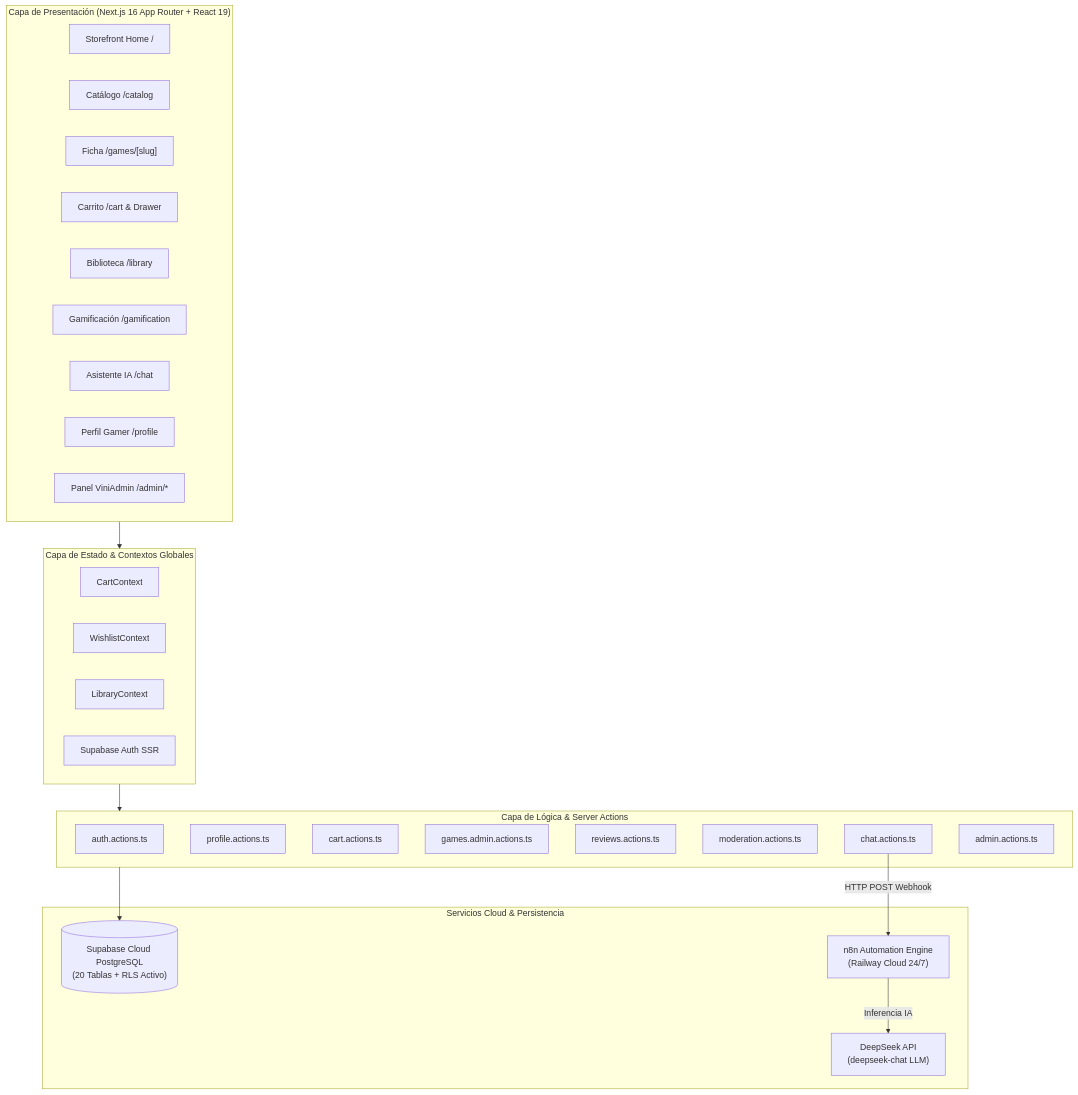
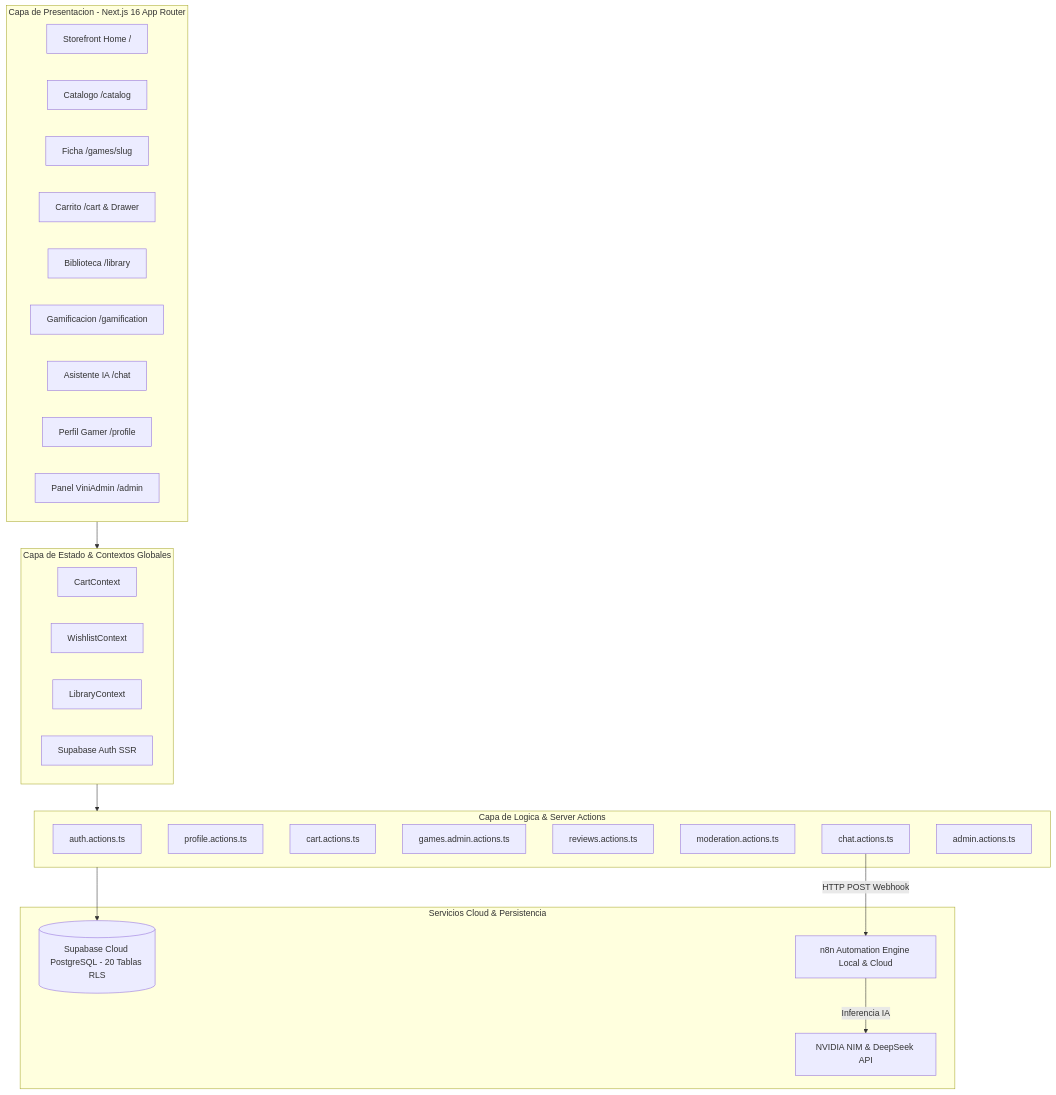
One commit to sergiam071105-ai/Vini-Games changed the second of 2 diagrams in README.md. Above: the diagram before and after it, drawn with Mermaid. The commit also changed other lines of this file, not shown here.

Commit message:
docs: corregir sintaxis de diagramas Mermaid para renderizado perfecto en GitHub

````diff
--- a/README.md
+++ b/README.md
@@ -51,44 +54,44 @@
 ```mermaid
 graph TD
-    subgraph Client ["Capa de Presentación (Next.js 16 App Router + React 19)"]
-        UI_Home["Storefront Home /"]
-        UI_Cat["Catálogo /catalog"]
-        UI_Game["Ficha /games/[slug]"]
-        UI_Cart["Carrito /cart & Drawer"]
-        UI_Lib["Biblioteca /library"]
-        UI_Gam["Gamificación /gamification"]
-        UI_Chat["Asistente IA /chat"]
-        UI_Profile["Perfil Gamer /profile"]
-        UI_Admin["Panel ViniAdmin /admin/*"]
+    subgraph Client [Capa de Presentacion - Next.js 16 App Router]
+        UI_Home[Storefront Home /]
+        UI_Cat[Catalogo /catalog]
+        UI_Game[Ficha /games/slug]
+        UI_Cart[Carrito /cart & Drawer]
+        UI_Lib[Biblioteca /library]
+        UI_Gam[Gamificacion /gamification]
+        UI_Chat[Asistente IA /chat]
+        UI_Profile[Perfil Gamer /profile]
+        UI_Admin[Panel ViniAdmin /admin]
     end
 
-    subgraph State ["Capa de Estado & Contextos Globales"]
-        CTX_Cart["CartContext"]
-        CTX_Wish["WishlistContext"]
-        CTX_Lib["LibraryContext"]
-        CTX_Auth["Supabase Auth SSR"]
+    subgraph State [Capa de Estado & Contextos Globales]
+        CTX_Cart[CartContext]
+        CTX_Wish[WishlistContext]
+        CTX_Lib[LibraryContext]
+        CTX_Auth[Supabase Auth SSR]
     end
 
-    subgraph ServerActions ["Capa de Lógica & Server Actions"]
-        SA_Auth["auth.actions.ts"]
-        SA_Profile["profile.actions.ts"]
-        SA_Cart["cart.actions.ts"]
-        SA_Games["games.admin.actions.ts"]
-        SA_Reviews["reviews.actions.ts"]
-        SA_Mod["moderation.actions.ts"]
-        SA_Chat["chat.actions.ts"]
-        SA_Admin["admin.actions.ts"]
+    subgraph ServerActions [Capa de Logica & Server Actions]
+        SA_Auth[auth.actions.ts]
+        SA_Profile[profile.actions.ts]
+        SA_Cart[cart.actions.ts]
+        SA_Games[games.admin.actions.ts]
+        SA_Reviews[reviews.actions.ts]
+        SA_Mod[moderation.actions.ts]
+        SA_Chat[chat.actions.ts]
+        SA_Admin[admin.actions.ts]
     end
 
-    subgraph External ["Servicios Cloud & Persistencia"]
-        DB[("Supabase Cloud PostgreSQL\n(20 Tablas + RLS Activo)")]
-        N8N["n8n Automation Engine\n(Railway Cloud 24/7)"]
-        DeepSeek["DeepSeek API\n(deepseek-chat LLM)"]
+    subgraph External [Servicios Cloud & Persistencia]
+        DB[(Supabase Cloud PostgreSQL - 20 Tablas RLS)]
+        N8N[n8n Automation Engine Local & Cloud]
+        AI[NVIDIA NIM & DeepSeek API]
     end
 
     Client --> State
     State --> ServerActions
     ServerActions --> DB
     SA_Chat -->|HTTP POST Webhook| N8N
-    N8N -->|Inferencia IA| DeepSeek
+    N8N -->|Inferencia IA| AI
 ```
````
